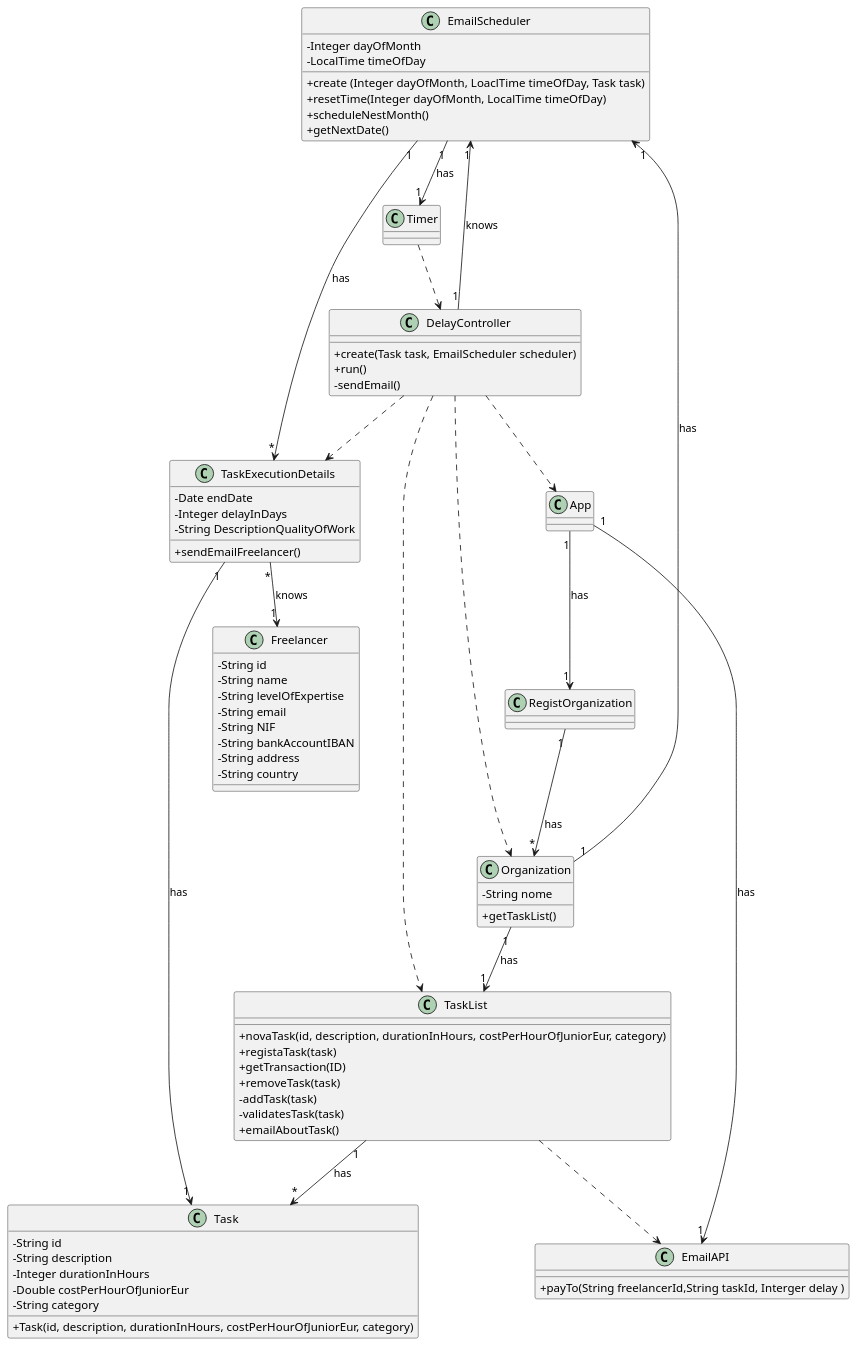
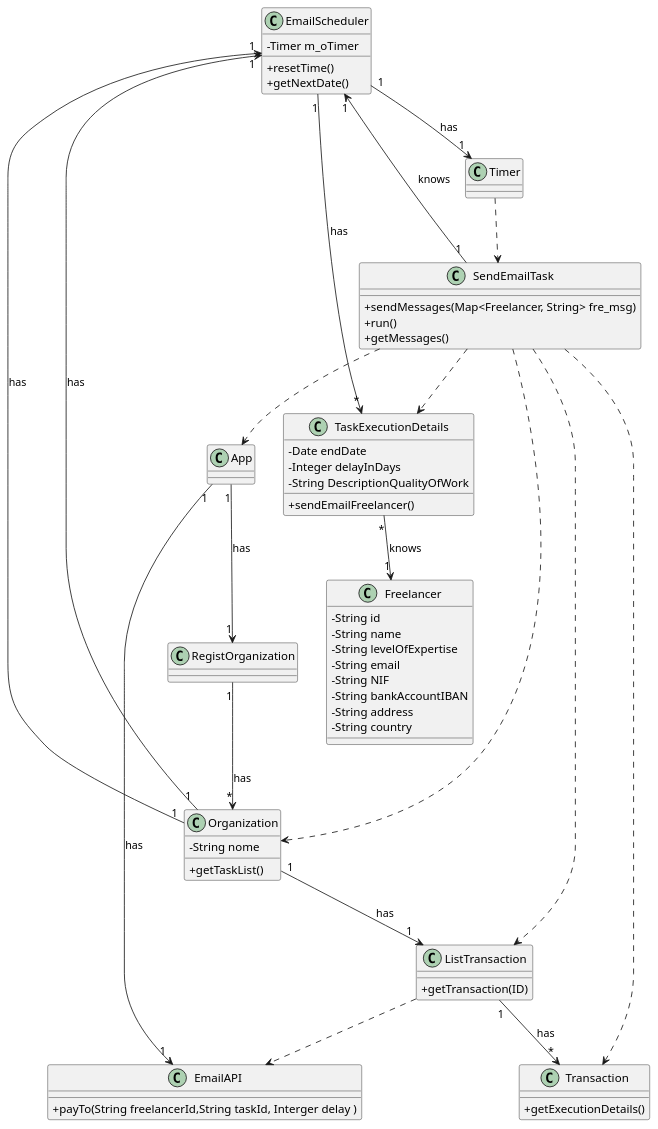
The diagram in docs/UC_10/UC10_CD.puml (botelho-io/lapr2-2020-g029), drawn with PlantUML before and after one commit. The commit also changed 4 other files, not shown here.

```diff
--- a/docs/UC_10/UC10_CD.puml
+++ b/docs/UC_10/UC10_CD.puml
@@ -1,89 +1,75 @@
 @startuml CD
 skinparam classAttributeIconSize 0
 top to bottom direction
 
 class EmailScheduler {
-        - Integer dayOfMonth
-        - LocalTime timeOfDay
-        + create (Integer dayOfMonth, LoaclTime timeOfDay, Task task)
-        + resetTime(Integer dayOfMonth, LocalTime timeOfDay)
-        + scheduleNestMonth()
+        - Timer m_oTimer
+        + resetTime()
         + getNextDate()
 }
 
-class DelayController {       
-	+ create(Task task, EmailScheduler scheduler)
+class SendEmailTask {       
+	+ sendMessages(Map<Freelancer, String> fre_msg)
         + run()
-	- sendEmail()
+	+ getMessages()
 }
 
 
 class EmailAPI {
 	+ payTo(String freelancerId,String taskId, Interger delay )
 }
 
 
 class Organization {
         - String nome
         + getTaskList()
 }
 
-class TaskList {
-  +novaTask(id, description, durationInHours, costPerHourOfJuniorEur, category)
-  +registaTask(task)
-  + getTransaction(ID)
-  + removeTask(task)
-  -addTask(task)
-  -validatesTask(task)
-  + emailAboutTask()
+class ListTransaction {
+        + getTransaction(ID)
 }
 
+class Transaction {
+        + getExecutionDetails()
+}
 
-class Task {
-        - String id
-        - String description
-        - Integer durationInHours
-        - Double costPerHourOfJuniorEur
-        - String category
-         +Task(id, description, durationInHours, costPerHourOfJuniorEur, category)
-	 
-}
 
 class TaskExecutionDetails {
         - Date endDate
         - Integer delayInDays
         - String DescriptionQualityOfWork
         + sendEmailFreelancer()
 }
 
 class Freelancer {
         - String id
         - String name
         - String levelOfExpertise
         - String email
         - String NIF
         - String bankAccountIBAN
         - String address
         - String country
 }
 
 
 App                          "1" --> "1"      EmailAPI                  : has
 App                          "1" --> "1"      RegistOrganization        : has
-Timer                            ..>          DelayController
+Timer                            ..>          SendEmailTask
 TaskExecutionDetails         "*" --> "1"      Freelancer                : knows
-TaskExecutionDetails         "1" --> "1"         Task                   : has
-Organization                 "1" --> "1"      TaskList                  : has
 Organization                 "1" --> "1"      EmailScheduler            : has
-DelayController                  ..>          App
-DelayController                  ..>          Organization
-DelayController                  ..>          TaskList
-DelayController                  ..>          TaskExecutionDetails
-DelayController              "1" --> "1"      EmailScheduler            : knows
-TaskList                         ..>          EmailAPI
-TaskList                     "1" --> "*"      Task             : has
+SendEmailTask                   ..>          ListTransaction
+SendEmailTask                   ..>          Transaction
+SendEmailTask                  ..>          App
+SendEmailTask                  ..>          Organization
+SendEmailTask                  ..>          TaskExecutionDetails
+SendEmailTask              "1" --> "1"      EmailScheduler            : knows
+ListTransaction              "1" --> "*"      Transaction               : has
+ListTransaction                  ..>          EmailAPI
 EmailScheduler               "1" --> "1"      Timer                     : has
 EmailScheduler               "1" --> "*"      TaskExecutionDetails      : has
 RegistOrganization           "1" --> "*"      Organization              : has
+Organization                 "1" --> "1"      ListTransaction           : has
+Organization                 "1" --> "1"      EmailScheduler           : has
 
 @enduml
```
